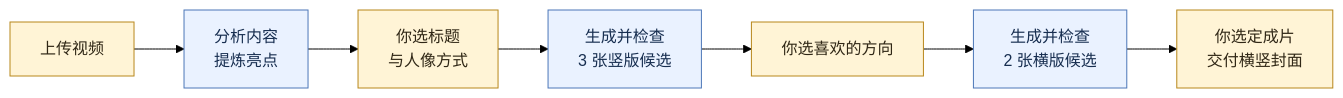
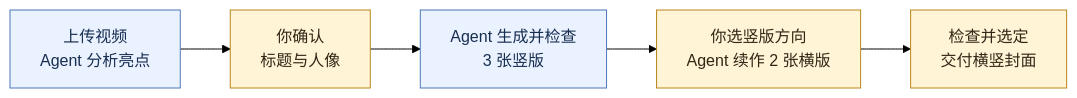
Before and after one commit to joshzhao-ai/Josh-video-cover-skill: the diagram in README.md, drawn with Mermaid (forest theme).

Commit message:
docs: simplify flowchart for readable inline viewing

````diff
--- a/README.md
+++ b/README.md
@@ -133,13 +133,11 @@
 ```mermaid
 flowchart LR
-    A[上传视频] --> B[分析内容<br/>提炼亮点]
-    B --> C[你选标题<br/>与人像方式]
-    C --> D[生成并检查<br/>3 张竖版候选]
-    D --> E[你选喜欢的方向]
-    E --> F[生成并检查<br/>2 张横版候选]
-    F --> G[你选定成片<br/>交付横竖封面]
+    A[上传视频<br/>Agent 分析亮点] --> B[你确认<br/>标题与人像]
+    B --> C[Agent 生成并检查<br/>3 张竖版]
+    C --> D[你选竖版方向<br/>Agent 续作 2 张横版]
+    D --> E[检查并选定<br/>交付横竖封面]
     classDef user fill:#fff4d6,stroke:#b8871b,color:#302716
     classDef agent fill:#eaf2ff,stroke:#4c77b8,color:#172e50
-    class A,C,E,G user
-    class B,D,F agent
+    class B,D,E user
+    class A,C agent
 ```
````
